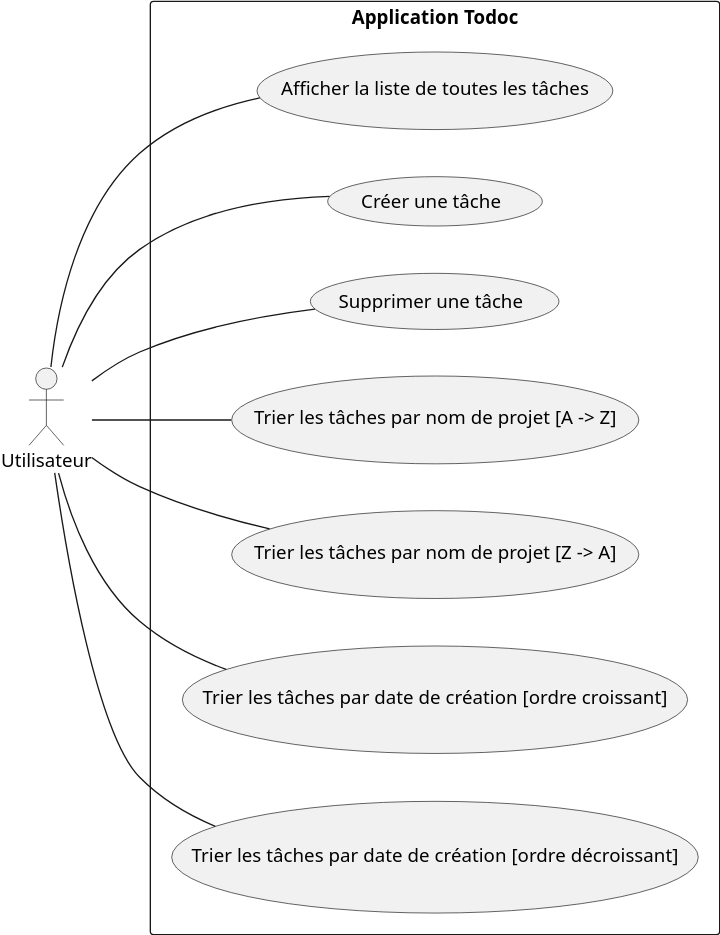
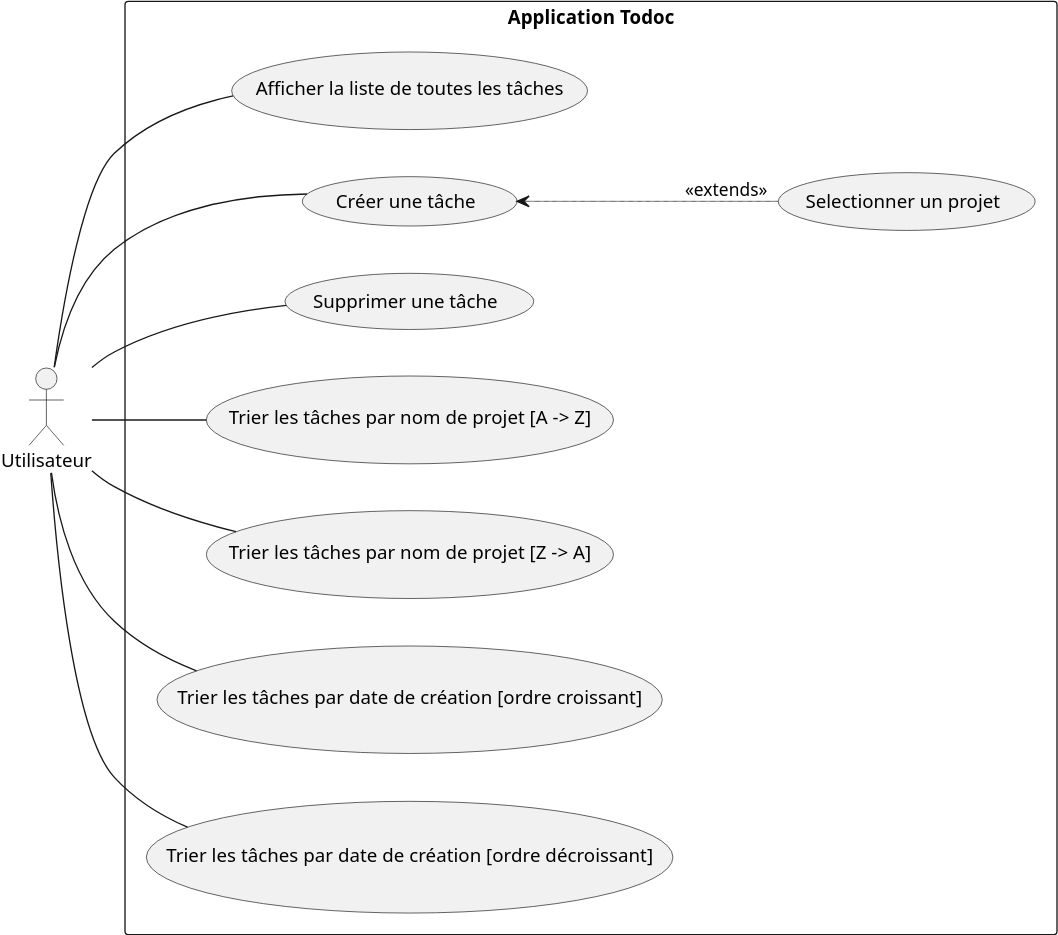
One commit to sitatec/Todoc changed the diagram in app/src/uml/use_case_diagram/use_case_diagram.puml. Above: the diagram before and after it, drawn with PlantUML. The commit also changed 4 other files, not shown here.

```diff
--- a/app/src/uml/use_case_diagram/use_case_diagram.puml
+++ b/app/src/uml/use_case_diagram/use_case_diagram.puml
@@ -1,18 +1,21 @@
 @startuml
 
 left to right direction
+skinparam ranksep 2
 skinparam dpi 800
 scale 2
 actor Utilisateur
 
 rectangle "Application Todoc" {
     Utilisateur -- (Afficher la liste de toutes les tâches)
     Utilisateur -- (Créer une tâche)
     Utilisateur -- (Supprimer une tâche)
     Utilisateur -- (Trier les tâches par nom de projet [A -> Z])
     Utilisateur -- (Trier les tâches par nom de projet [Z -> A])
     Utilisateur -- (Trier les tâches par date de création [ordre croissant])
     Utilisateur -- (Trier les tâches par date de création [ordre décroissant])
+
+    (Créer une tâche) <.. (Selectionner un projet) : <<extends>>
 }
 
 @enduml
```
